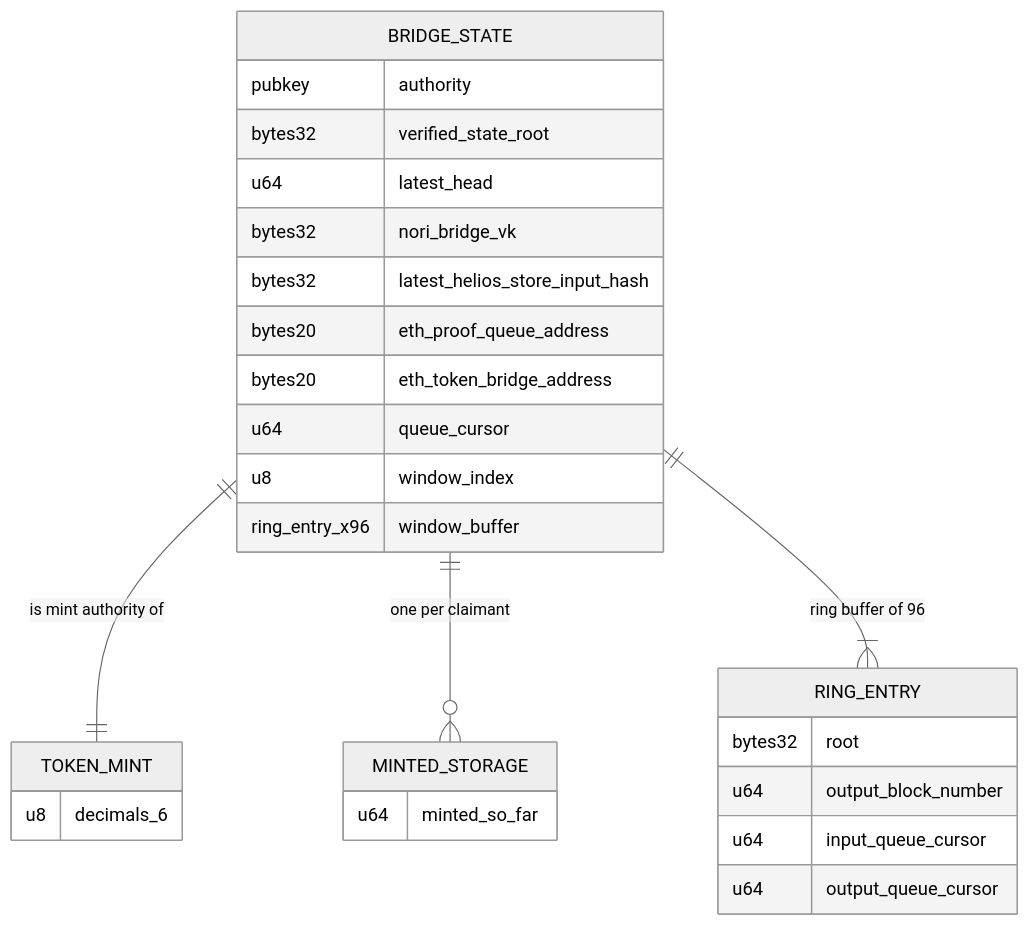
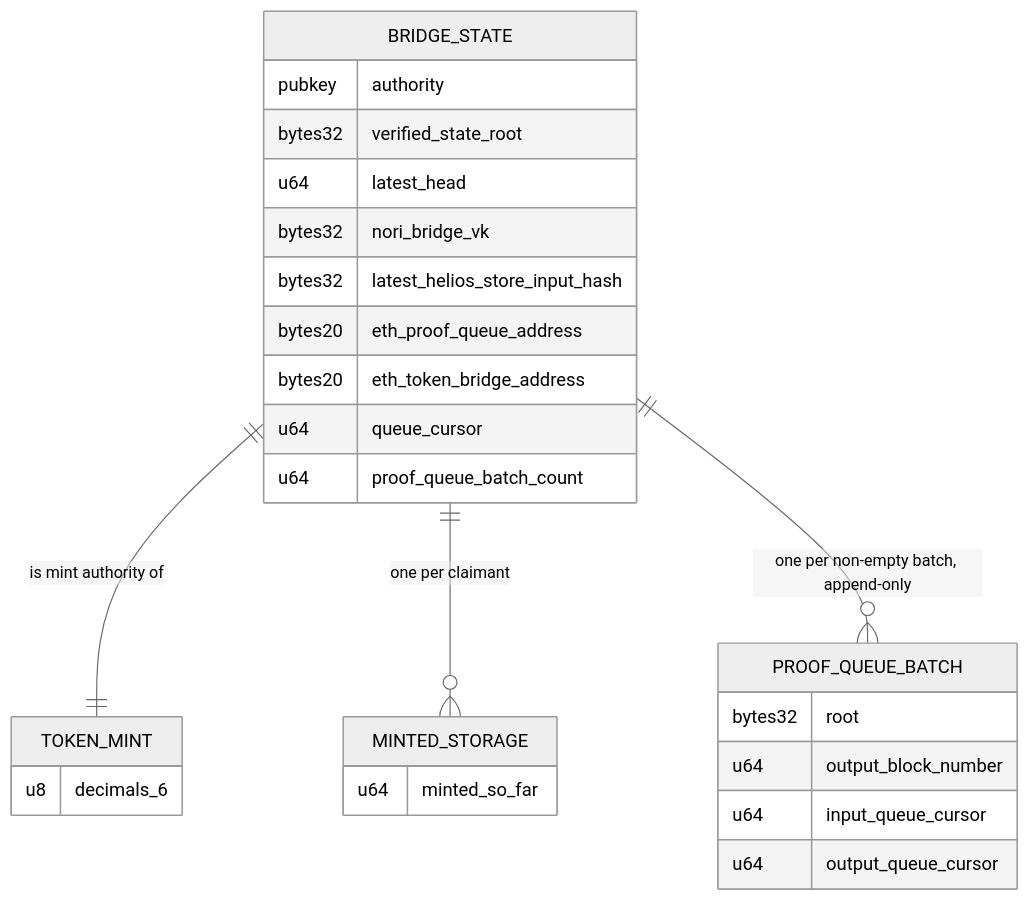
One commit to Nori-zk/nori-solana-sdk changed the diagram in README.md. Above: the diagram before and after it, drawn with Mermaid (neutral theme). The commit also changed other lines of this file and 21 other files, not shown here.

````diff
--- a/README.md
+++ b/README.md
@@ -14,31 +14,30 @@
 ```mermaid
 erDiagram
     BRIDGE_STATE ||--|| TOKEN_MINT : "is mint authority of"
     BRIDGE_STATE ||--o{ MINTED_STORAGE : "one per claimant"
-    BRIDGE_STATE ||--|{ RING_ENTRY : "ring buffer of 96"
+    BRIDGE_STATE ||--o{ PROOF_QUEUE_BATCH : "one per non-empty batch, append-only"
 
     BRIDGE_STATE {
         pubkey authority
         bytes32 verified_state_root
         u64 latest_head
         bytes32 nori_bridge_vk
         bytes32 latest_helios_store_input_hash
         bytes20 eth_proof_queue_address
         bytes20 eth_token_bridge_address
         u64 queue_cursor
-        u8 window_index
-        ring_entry_x96 window_buffer
+        u64 proof_queue_batch_count
     }
-    RING_ENTRY {
+    PROOF_QUEUE_BATCH {
         bytes32 root
         u64 output_block_number
         u64 input_queue_cursor
         u64 output_queue_cursor
     }
     MINTED_STORAGE {
         u64 minted_so_far
     }
     TOKEN_MINT {
         u8 decimals_6
     }
 ```
````
